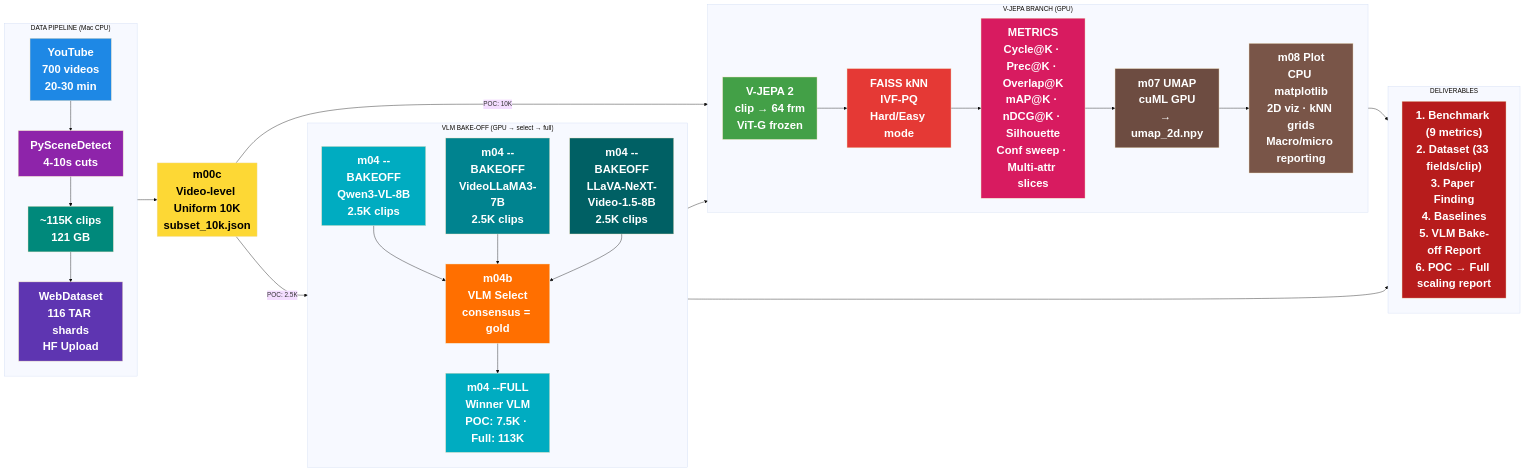
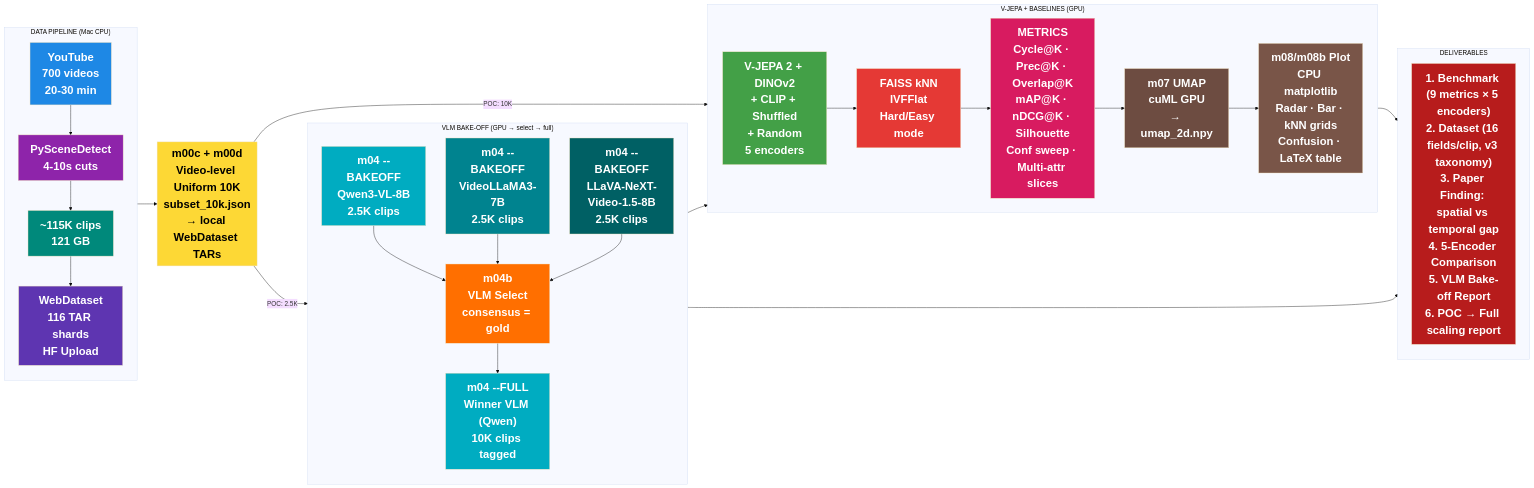
The diagram in iter/iter6/report.md (kapilw25/factorjepa), drawn with Mermaid (base theme) before and after one commit. The commit also changed other lines of this file and 69 other files, not shown here.

````diff
--- a/iter/iter6/report.md
+++ b/iter/iter6/report.md
@@ -6,56 +6,56 @@
 ```mermaid
 flowchart LR
     subgraph DATA ["DATA PIPELINE (Mac CPU)"]
         direction TB
         A["YouTube<br>700 videos<br>20-30 min"] --> B["PySceneDetect<br>4-10s cuts"]
         B --> C["~115K clips<br>121 GB"]
         C --> D["WebDataset<br>116 TAR shards<br>HF Upload"]
     end
 
-    subgraph SUB ["m00c<br>Video-level Uniform 10K<br>subset_10k.json"]
+    subgraph SUB ["m00c + m00d<br>Video-level Uniform 10K<br>subset_10k.json<br>→ local WebDataset TARs"]
     end
 
-    subgraph VJEPA ["V-JEPA BRANCH (GPU)"]
+    subgraph VJEPA ["V-JEPA + BASELINES (GPU)"]
         direction LR
-        E["V-JEPA 2<br>clip → 64 frm<br>ViT-G frozen"] --> F["FAISS kNN<br>IVF-PQ<br>Hard/Easy mode"]
+        E["V-JEPA 2 + DINOv2<br>+ CLIP + Shuffled<br>+ Random<br>5 encoders"] --> F["FAISS kNN<br>IVFFlat<br>Hard/Easy mode"]
         F --> G["METRICS<br>Cycle@K · Prec@K · Overlap@K<br>mAP@K · nDCG@K · Silhouette<br>Conf sweep · Multi-attr slices"]
         G --> H1["m07 UMAP<br>cuML GPU<br>→ umap_2d.npy"]
-        H1 --> H2["m08 Plot<br>CPU matplotlib<br>2D viz · kNN grids<br>Macro/micro reporting"]
+        H1 --> H2["m08/m08b Plot<br>CPU matplotlib<br>Radar · Bar · kNN grids<br>Confusion · LaTeX table"]
     end
 
     subgraph VLM ["VLM BAKE-OFF (GPU → select → full)"]
         direction TB
         I1["m04 --BAKEOFF<br>Qwen3-VL-8B<br>2.5K clips"] --> S["m04b<br>VLM Select<br>consensus = gold"]
         I2["m04 --BAKEOFF<br>VideoLLaMA3-7B<br>2.5K clips"] --> S
         I3["m04 --BAKEOFF<br>LLaVA-NeXT-Video-1.5-8B<br>2.5K clips"] --> S
-        S --> W["m04 --FULL<br>Winner VLM<br>POC: 7.5K · Full: 113K"]
+        S --> W["m04 --FULL<br>Winner VLM (Qwen)<br>10K clips tagged"]
     end
 
     subgraph OUT ["DELIVERABLES"]
-        K["1. Benchmark (9 metrics)<br>2. Dataset (33 fields/clip)<br>3. Paper Finding<br>4. Baselines<br>5. VLM Bake-off Report<br>6. POC → Full scaling report"]
+        K["1. Benchmark (9 metrics × 5 encoders)<br>2. Dataset (16 fields/clip, v3 taxonomy)<br>3. Paper Finding: spatial vs temporal gap<br>4. 5-Encoder Comparison<br>5. VLM Bake-off Report<br>6. POC → Full scaling report"]
     end
 
     DATA --> SUB
     SUB -->|"POC: 10K"| VJEPA
     SUB -->|"POC: 2.5K"| VLM
     VLM --> VJEPA
     VJEPA --> OUT
     VLM --> OUT
 
     style A fill:#1e88e5,color:#fff,font-weight:bold,font-size:28px
     style B fill:#8e24aa,color:#fff,font-weight:bold,font-size:28px
     style C fill:#00897b,color:#fff,font-weight:bold,font-size:28px
     style D fill:#5e35b1,color:#fff,font-weight:bold,font-size:28px
     style SUB fill:#fdd835,color:#000,font-weight:bold,font-size:28px
     style E fill:#43a047,color:#fff,font-weight:bold,font-size:28px
     style F fill:#e53935,color:#fff,font-weight:bold,font-size:28px
     style G fill:#d81b60,color:#fff,font-weight:bold,font-size:28px
     style H1 fill:#6d4c41,color:#fff,font-weight:bold,font-size:28px
     style H2 fill:#795548,color:#fff,font-weight:bold,font-size:28px
     style I1 fill:#00acc1,color:#fff,font-weight:bold,font-size:28px
     style I2 fill:#00838f,color:#fff,font-weight:bold,font-size:28px
     style I3 fill:#006064,color:#fff,font-weight:bold,font-size:28px
     style S fill:#ff6f00,color:#fff,font-weight:bold,font-size:28px
     style W fill:#00acc1,color:#fff,font-weight:bold,font-size:28px
     style K fill:#b71c1c,color:#fff,font-weight:bold,font-size:28px
 ```
````
